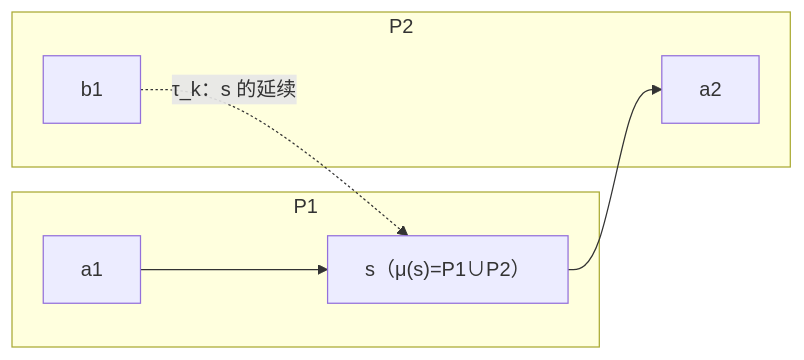
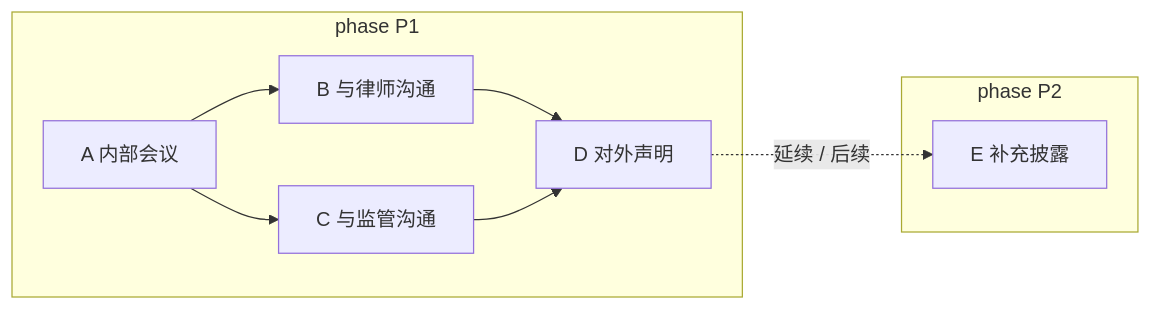
Before and after one commit to AgenticFinLab/FinMycelium: the diagram in docs/structures/2-action-graph.md, drawn with Mermaid. The commit also changed other lines of this file and 2 other files, not shown here.

First line of the commit message:
docs: refocus action graph document on actions

````diff
--- a/docs/structures/2-action-graph.md
+++ b/docs/structures/2-action-graph.md
@@ -251,14 +167,13 @@
 ```mermaid
 flowchart LR
-    subgraph P1["P1"]
-        a1["a1"]
-        s["s（μ(s)=P1∪P2）"]
+    subgraph P1["phase P1"]
+        A["A 内部会议"] --> B["B 与律师沟通"]
+        A --> C["C 与监管沟通"]
+        B --> D["D 对外声明"]
+        C --> D
     end
-    subgraph P2["P2"]
-        a2["a2"]
-        b1["b1"]
+    subgraph P2["phase P2"]
+        E["E 补充披露"]
     end
-    a1 --> s
-    s --> a2
-    b1 -.->|τ_k：s 的延续| s
+    D -.->|延续 / 后续| E
 ```
````
